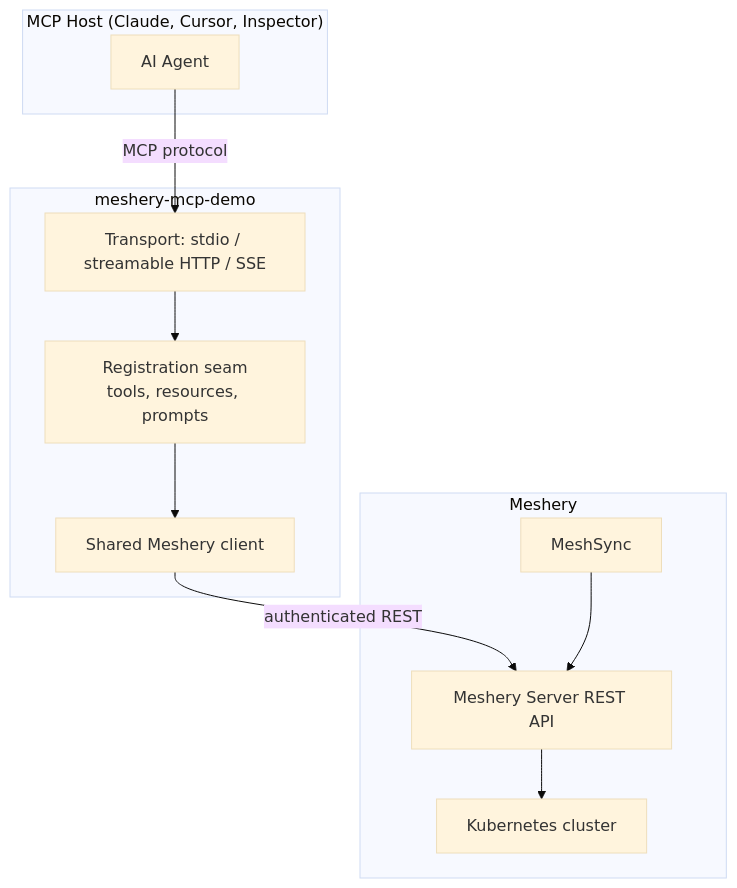
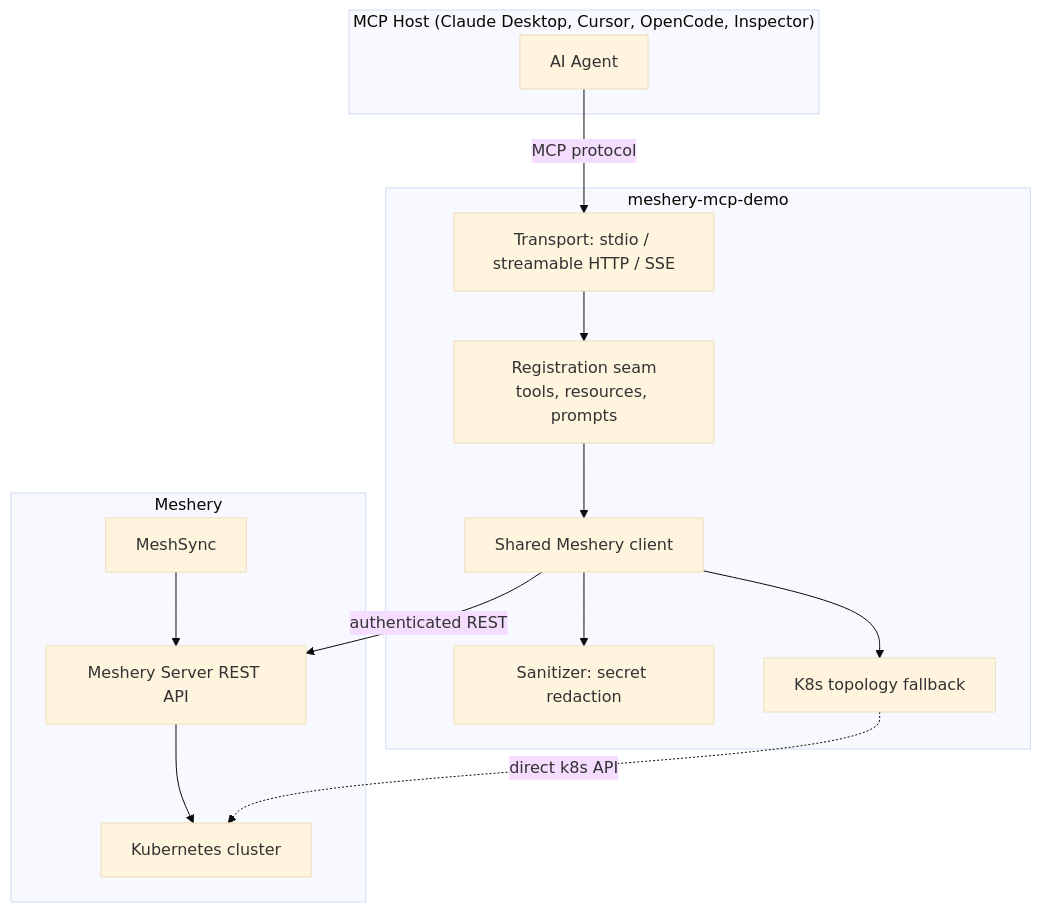
One commit to AkashNaickar/meshery-mcp-demo changed the diagram in README.md. Above: the diagram before and after it, drawn with Mermaid (base theme). The commit also changed other lines of this file and 27 other files, not shown here.

````diff
--- a/README.md
+++ b/README.md
@@ -19,25 +19,30 @@
 ```mermaid
 flowchart TB
-    subgraph Host["MCP Host (Claude, Cursor, Inspector)"]
+    subgraph Host["MCP Host (Claude Desktop, Cursor, OpenCode, Inspector)"]
         A[AI Agent]
     end
 
     subgraph Server["meshery-mcp-demo"]
         B[Transport: stdio / streamable HTTP / SSE]
         C[Registration seam<br/>tools, resources, prompts]
         D[Shared Meshery client]
+        H[Sanitizer: secret redaction]
+        I[K8s topology fallback]
     end
 
     subgraph Backend["Meshery"]
         E[Meshery Server REST API]
         F[Kubernetes cluster]
         G[MeshSync]
     end
 
     A -->|MCP protocol| B
     B --> C
     C --> D
+    D --> H
+    D --> I
     D -->|authenticated REST| E
     E --> F
     G --> E
+    I -.->|direct k8s API| F
 ```
````
